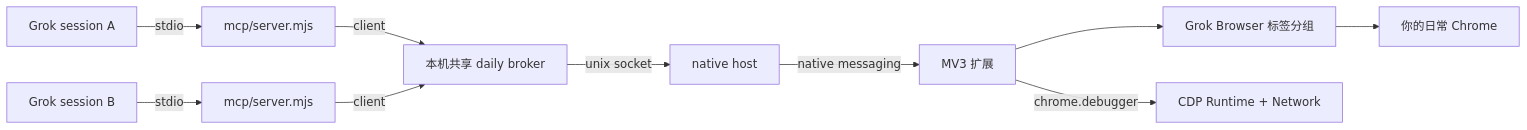
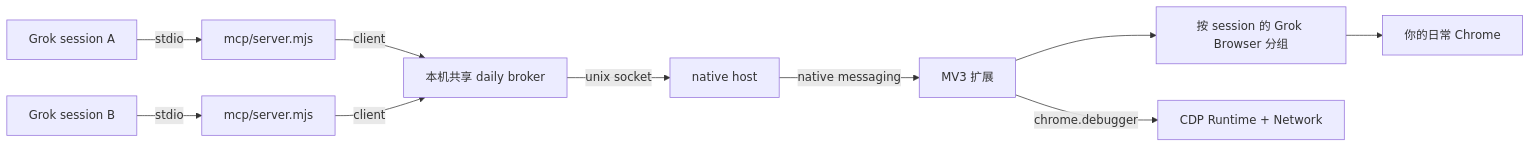
The diagram in README.zh-CN.md (LiFeiYu-boost/grok-browser-use), drawn with Mermaid before and after one commit. The commit also changed other lines of this file and 12 other files, not shown here.

````diff
--- a/README.zh-CN.md
+++ b/README.zh-CN.md
@@ -31,12 +31,12 @@
 ```mermaid
 flowchart LR
   G1[Grok session A] -->|stdio| M1[mcp/server.mjs]
   G2[Grok session B] -->|stdio| M2[mcp/server.mjs]
   M1 -->|client| HUB[本机共享 daily broker]
   M2 -->|client| HUB
   HUB -->|unix socket| H[native host]
   H -->|native messaging| E[MV3 扩展]
-  E --> T[Grok Browser 标签分组]
+  E --> T[按 session 的 Grok Browser 分组]
   T --> C[你的日常 Chrome]
   E -->|chrome.debugger| D[CDP Runtime + Network]
 ```
````
